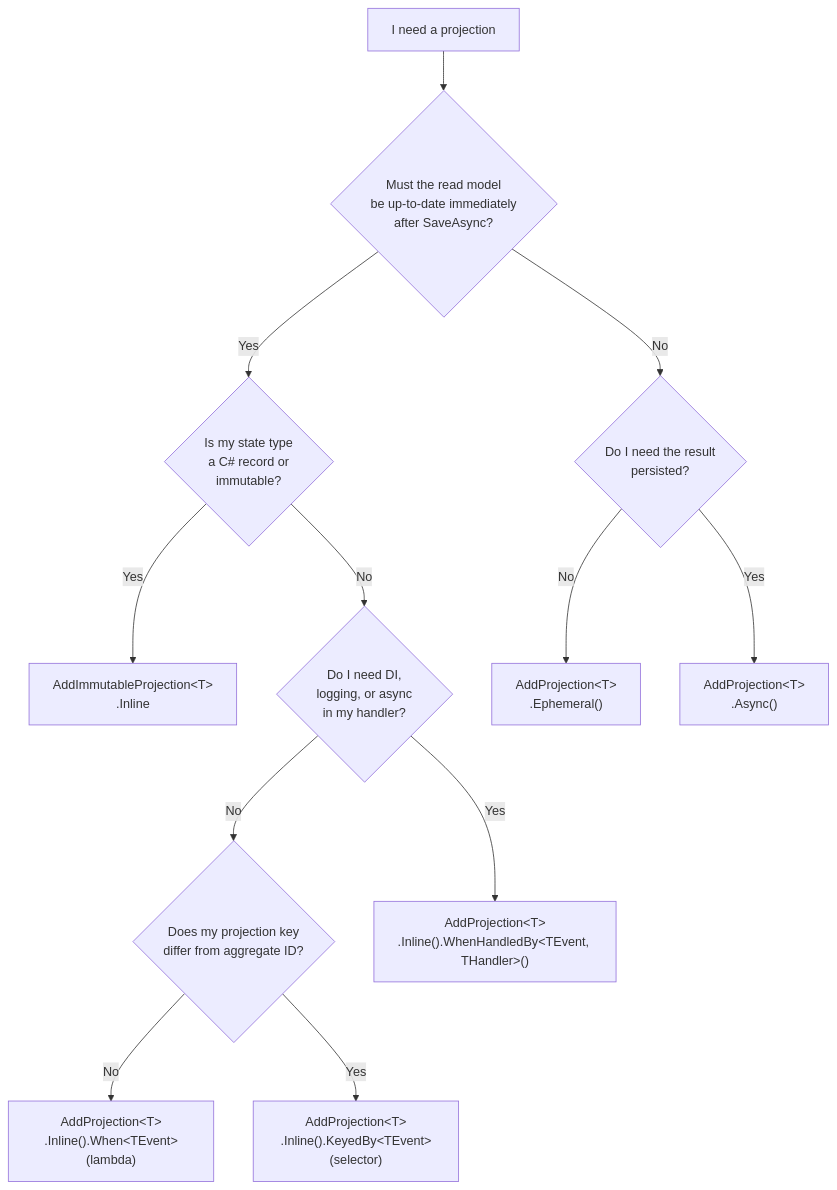
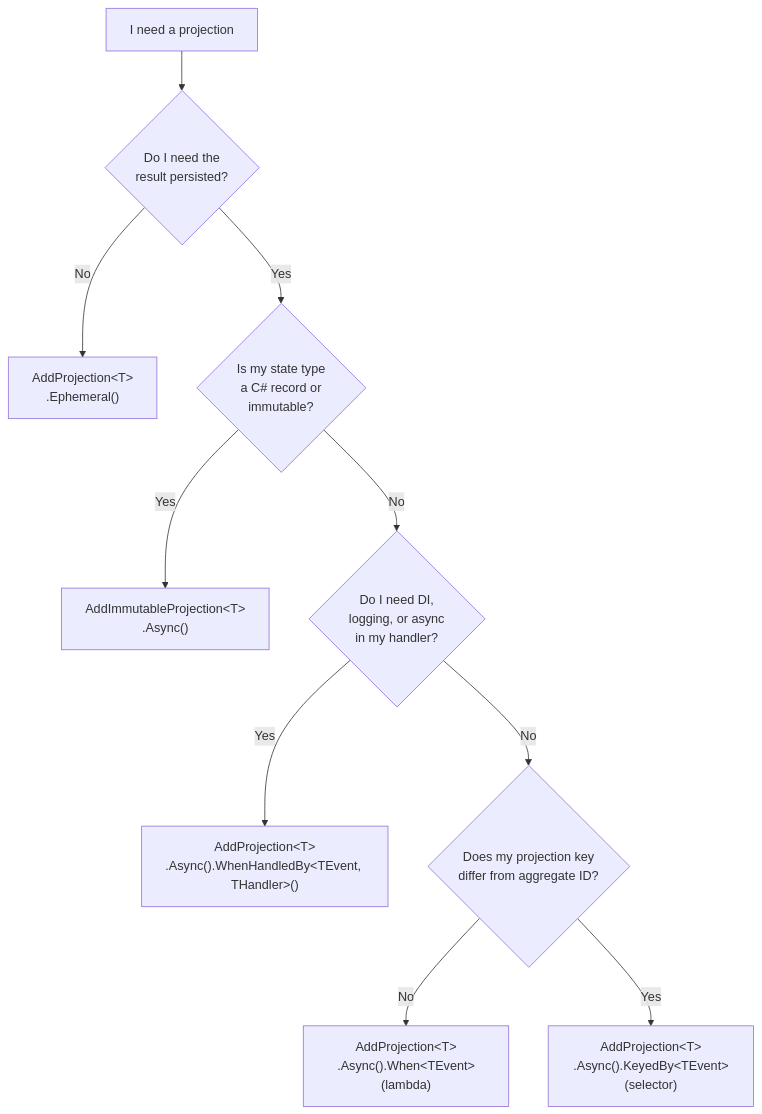
One commit to TrigintaFaces/Excalibur changed the second of 3 diagrams in docs-site/docs/event-sourcing/projections.md. Above: the diagram before and after it, drawn with Mermaid. The commit also changed other lines of this file and 451 other files, not shown here.

First line of the commit message:
feat(projections)!: remove inline projections — the host is the only writer, and a save returns a session token

````diff
--- a/docs-site/docs/event-sourcing/projections.md
+++ b/docs-site/docs/event-sourcing/projections.md
@@ -47,19 +47,16 @@
 ```mermaid
 flowchart TD
-    START[I need a projection] --> Q1{Must the read model<br/>be up-to-date immediately<br/>after SaveAsync?}
+    START[I need a projection] --> Q3{Do I need the<br/>result persisted?}
 
-    Q1 -->|Yes| Q2{Is my state type<br/>a C# record or<br/>immutable?}
-    Q1 -->|No| Q3{Do I need the result<br/>persisted?}
+    Q3 -->|No| EPHEMERAL["AddProjection&lt;T&gt;<br/>.Ephemeral()"]
+    Q3 -->|Yes| Q2{Is my state type<br/>a C# record or<br/>immutable?}
 
-    Q2 -->|Yes| IMMUTABLE[AddImmutableProjection&lt;T&gt;<br/>.Inline]
+    Q2 -->|Yes| IMMUTABLE["AddImmutableProjection&lt;T&gt;<br/>.Async()"]
     Q2 -->|No| Q4{Do I need DI,<br/>logging, or async<br/>in my handler?}
 
+    Q4 -->|Yes| ASYNC_DI["AddProjection&lt;T&gt;<br/>.Async().WhenHandledBy&lt;TEvent, THandler&gt;()"]
     Q4 -->|No| Q5{Does my projection key<br/>differ from aggregate ID?}
-    Q4 -->|Yes| INLINE_DI["AddProjection&lt;T&gt;<br/>.Inline().WhenHandledBy&lt;TEvent, THandler&gt;()"]
 
-    Q5 -->|No| INLINE_LAMBDA["AddProjection&lt;T&gt;<br/>.Inline().When&lt;TEvent&gt;(lambda)"]
-    Q5 -->|Yes| INLINE_KEYED["AddProjection&lt;T&gt;<br/>.Inline().KeyedBy&lt;TEvent&gt;(selector)"]
-
-    Q3 -->|No| EPHEMERAL["AddProjection&lt;T&gt;<br/>.Ephemeral()"]
-    Q3 -->|Yes| ASYNC["AddProjection&lt;T&gt;<br/>.Async()"]
+    Q5 -->|No| ASYNC_LAMBDA["AddProjection&lt;T&gt;<br/>.Async().When&lt;TEvent&gt;(lambda)"]
+    Q5 -->|Yes| ASYNC_KEYED["AddProjection&lt;T&gt;<br/>.Async().KeyedBy&lt;TEvent&gt;(selector)"]
 ```
````
